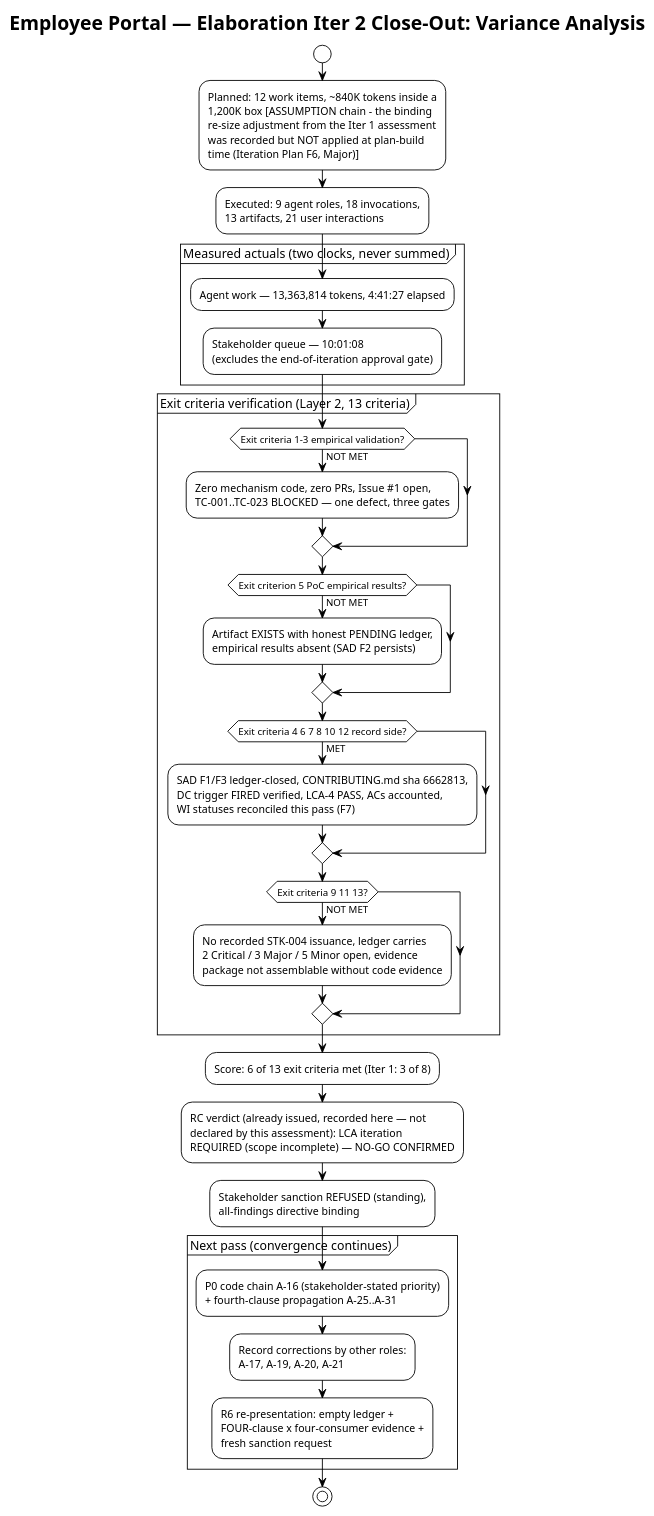
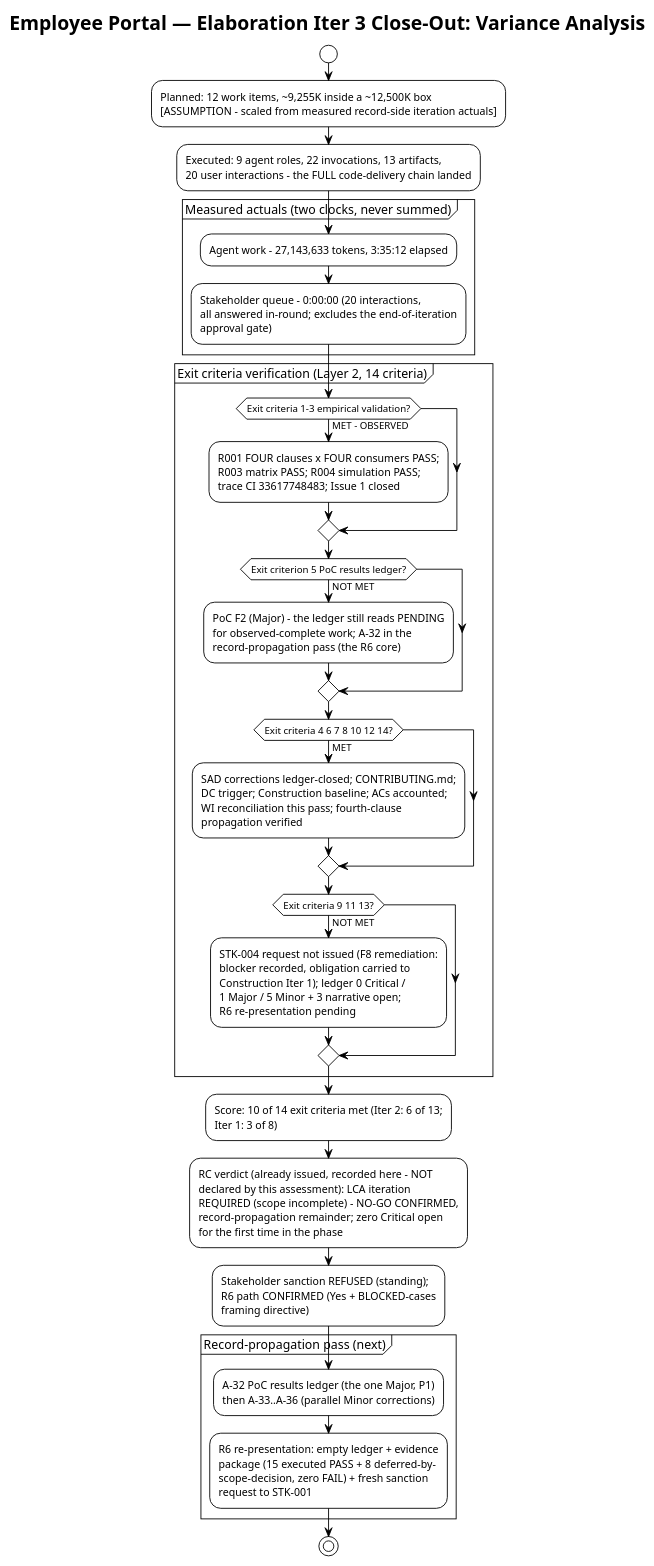
One commit to banense-test/employee-portal changed the fifth of 5 diagrams in docs/artifacts/project-management/iteration-assessment.md. Above: the diagram before and after it, drawn with PlantUML. The commit also changed other lines of this file, not shown here.

First line of the commit message:
Project Manager [E3]: upsert Iteration Assessment

````diff
--- a/docs/artifacts/project-management/iteration-assessment.md
+++ b/docs/artifacts/project-management/iteration-assessment.md
@@ -337,41 +398,40 @@
 ```plantuml
 @startuml
 !theme plain
-title Employee Portal — Elaboration Iter 2 Close-Out: Variance Analysis
+title Employee Portal — Elaboration Iter 3 Close-Out: Variance Analysis
 
 start
-:Planned: 12 work items, ~840K tokens inside a\n1,200K box [ASSUMPTION chain - the binding\nre-size adjustment from the Iter 1 assessment\nwas recorded but NOT applied at plan-build\ntime (Iteration Plan F6, Major)];
-:Executed: 9 agent roles, 18 invocations,\n13 artifacts, 21 user interactions;
+:Planned: 12 work items, ~9,255K inside a ~12,500K box\n[ASSUMPTION - scaled from measured record-side iteration actuals];
+:Executed: 9 agent roles, 22 invocations, 13 artifacts,\n20 user interactions - the FULL code-delivery chain landed;
 
 partition "Measured actuals (two clocks, never summed)" {
-  :Agent work — 13,363,814 tokens, 4:41:27 elapsed;
-  :Stakeholder queue — 10:01:08\n(excludes the end-of-iteration approval gate);
+  :Agent work - 27,143,633 tokens, 3:35:12 elapsed;
+  :Stakeholder queue - 0:00:00 (20 interactions,\nall answered in-round; excludes the end-of-iteration\napproval gate);
 }
 
-partition "Exit criteria verification (Layer 2, 13 criteria)" {
-  if (Exit criteria 1-3 empirical validation?) then (NOT MET)
-    :Zero mechanism code, zero PRs, Issue #1 open,\nTC-001..TC-023 BLOCKED — one defect, three gates;
+partition "Exit criteria verification (Layer 2, 14 criteria)" {
+  if (Exit criteria 1-3 empirical validation?) then (MET - OBSERVED)
+    :R001 FOUR clauses x FOUR consumers PASS;\nR003 matrix PASS; R004 simulation PASS;\ntrace CI 33617748483; Issue 1 closed;
   endif
-  if (Exit criterion 5 PoC empirical results?) then (NOT MET)
-    :Artifact EXISTS with honest PENDING ledger,\nempirical results absent (SAD F2 persists);
+  if (Exit criterion 5 PoC results ledger?) then (NOT MET)
+    :PoC F2 (Major) - the ledger still reads PENDING\nfor observed-complete work; A-32 in the\nrecord-propagation pass (the R6 core);
   endif
-  if (Exit criteria 4 6 7 8 10 12 record side?) then (MET)
-    :SAD F1/F3 ledger-closed, CONTRIBUTING.md sha 6662813,\nDC trigger FIRED verified, LCA-4 PASS, ACs accounted,\nWI statuses reconciled this pass (F7);
+  if (Exit criteria 4 6 7 8 10 12 14?) then (MET)
+    :SAD corrections ledger-closed; CONTRIBUTING.md;\nDC trigger; Construction baseline; ACs accounted;\nWI reconciliation this pass; fourth-clause\npropagation verified;
   endif
   if (Exit criteria 9 11 13?) then (NOT MET)
-    :No recorded STK-004 issuance, ledger carries\n2 Critical / 3 Major / 5 Minor open, evidence\npackage not assemblable without code evidence;
+    :STK-004 request not issued (F8 remediation:\nblocker recorded, obligation carried to\nConstruction Iter 1); ledger 0 Critical /\n1 Major / 5 Minor + 3 narrative open;\nR6 re-presentation pending;
   endif
 }
 
-:Score: 6 of 13 exit criteria met (Iter 1: 3 of 8);
-:RC verdict (already issued, recorded here — not\ndeclared by this assessment): LCA iteration\nREQUIRED (scope incomplete) — NO-GO CONFIRMED;
-:Stakeholder sanction REFUSED (standing),\nall-findings directive binding;
+:Score: 10 of 14 exit criteria met (Iter 2: 6 of 13;\nIter 1: 3 of 8);
+:RC verdict (already issued, recorded here - NOT\ndeclared by this assessment): LCA iteration\nREQUIRED (scope incomplete) - NO-GO CONFIRMED,\nrecord-propagation remainder; zero Critical open\nfor the first time in the phase;
+:Stakeholder sanction REFUSED (standing);\nR6 path CONFIRMED (Yes + BLOCKED-cases\nframing directive);
 
-partition "Next pass (convergence continues)" {
-  :P0 code chain A-16 (stakeholder-stated priority)\n+ fourth-clause propagation A-25..A-31;
-  :Record corrections by other roles:\nA-17, A-19, A-20, A-21;
-  :R6 re-presentation: empty ledger +\nFOUR-clause x four-consumer evidence +\nfresh sanction request;
+partition "Record-propagation pass (next)" {
+  :A-32 PoC results ledger (the one Major, P1)\nthen A-33..A-36 (parallel Minor corrections);
+  :R6 re-presentation: empty ledger + evidence\npackage (15 executed PASS + 8 deferred-by-\nscope-decision, zero FAIL) + fresh sanction\nrequest to STK-001;
 }
 stop
 @enduml
 ```
````
